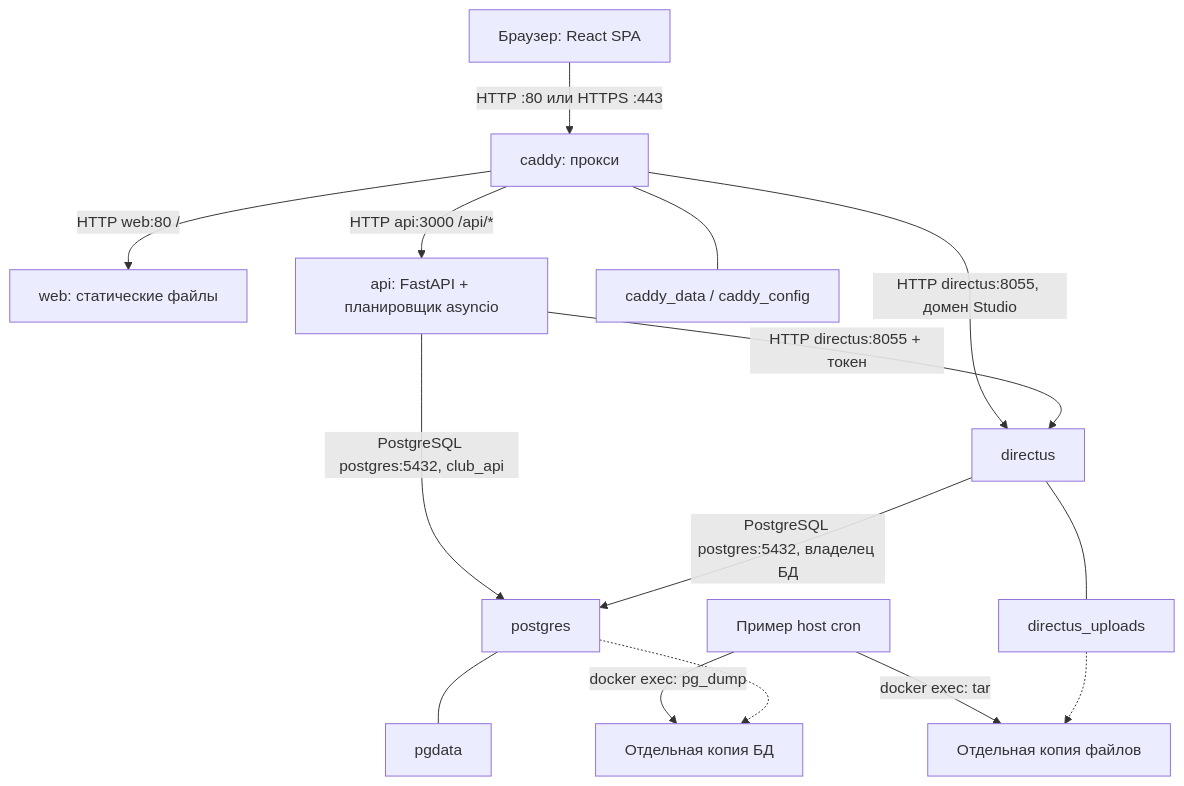
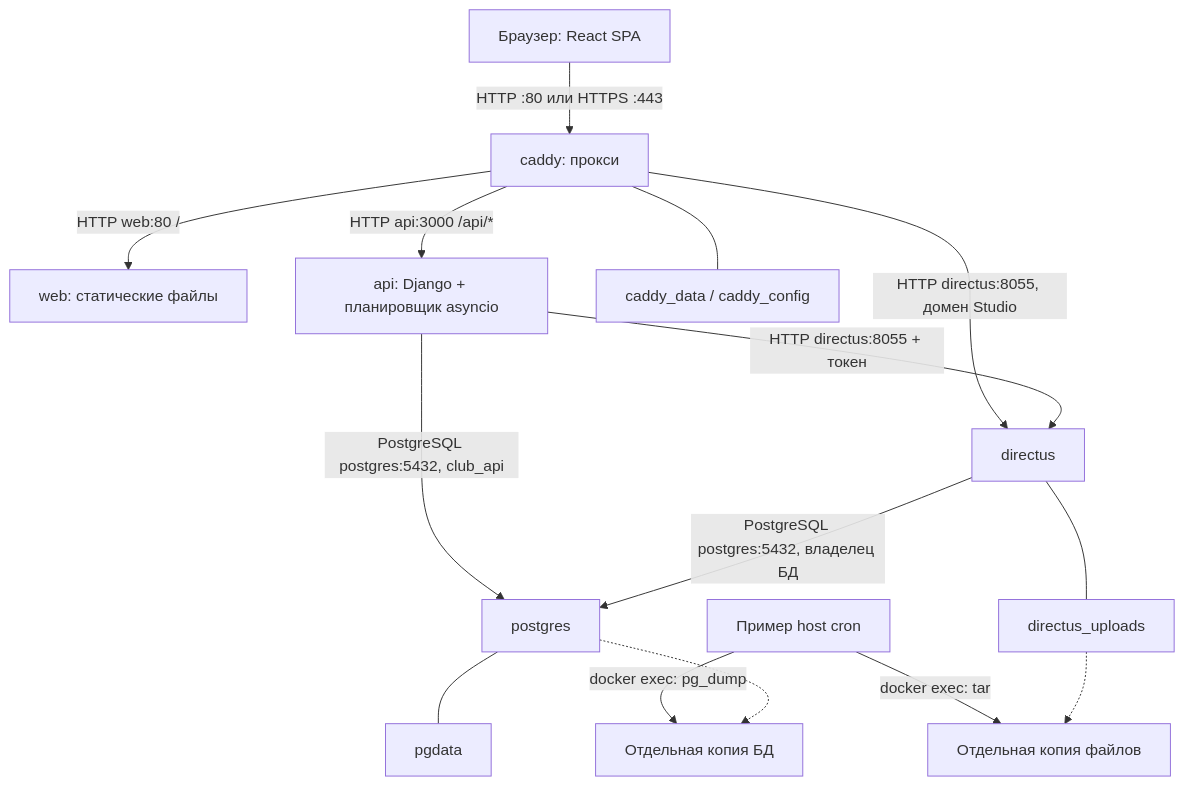
One commit to Bogolubov-creator/hse-law-alumni-club changed the first of 2 diagrams in docs/development/architecture.md. Above: the diagram before and after it, drawn with Mermaid. The commit also changed other lines of this file and 76 other files, not shown here.

Commit message:
feat: migrate API and server-rendered site to Django

````diff
--- a/docs/development/architecture.md
+++ b/docs/development/architecture.md
@@ -33,17 +33,17 @@
 ```mermaid
 flowchart TB
   Browser["Браузер: React SPA"] -->|"HTTP :80 или HTTPS :443"| Caddy["caddy: прокси"]
   Caddy -->|"HTTP web:80 /"| Web["web: статические файлы"]
-  Caddy -->|"HTTP api:3000 /api/*"| API["api: FastAPI + планировщик asyncio"]
+  Caddy -->|"HTTP api:3000 /api/*"| API["api: Django + планировщик asyncio"]
   Caddy -->|"HTTP directus:8055, домен Studio"| Directus["directus"]
   API -->|"HTTP directus:8055 + токен"| Directus
   API -->|"PostgreSQL postgres:5432, club_api"| PG["postgres"]
   Directus -->|"PostgreSQL postgres:5432, владелец БД"| PG
   PG --- Data["pgdata"]
   Directus --- Uploads["directus_uploads"]
   Caddy --- Certs["caddy_data / caddy_config"]
   Cron["Пример host cron"] -->|"docker exec: pg_dump"| DBcopy["Отдельная копия БД"]
   Cron -->|"docker exec: tar"| FileCopy["Отдельная копия файлов"]
   PG -.-> DBcopy
   Uploads -.-> FileCopy
 ```
````
